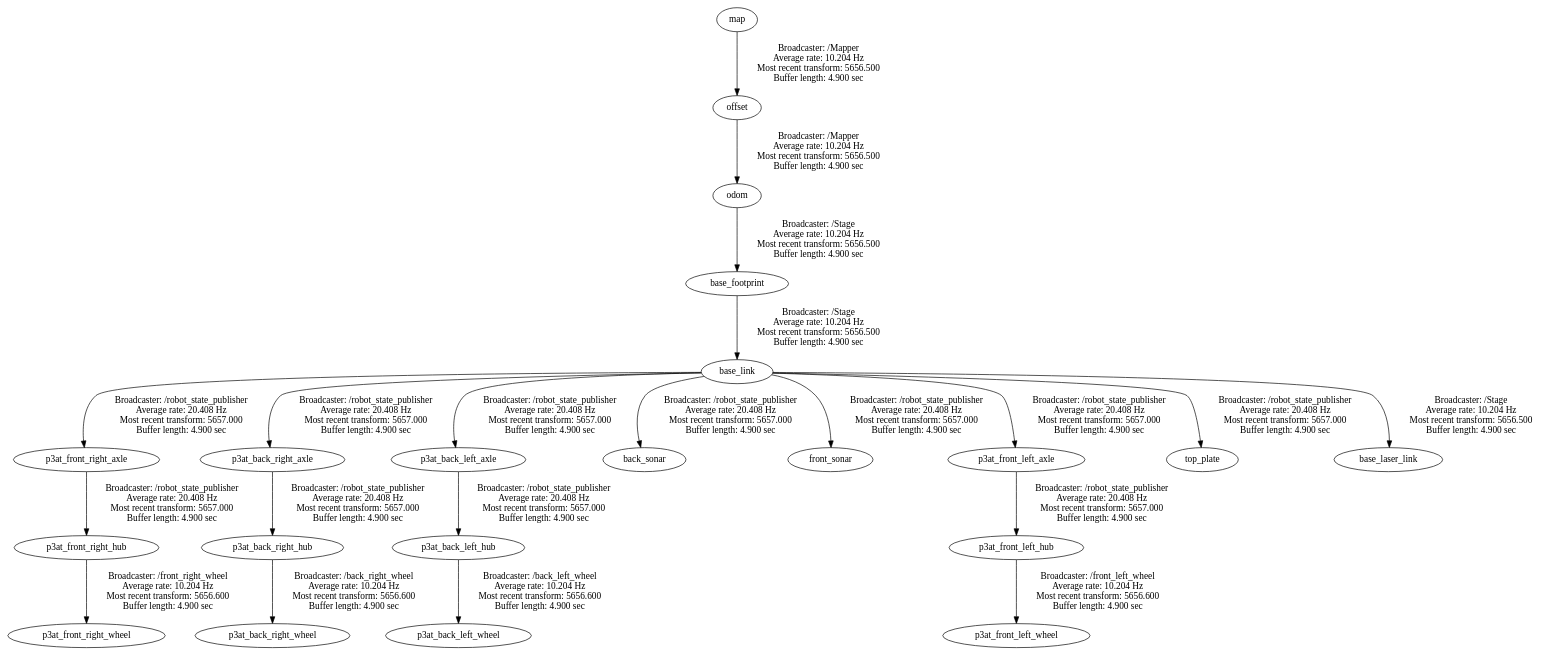
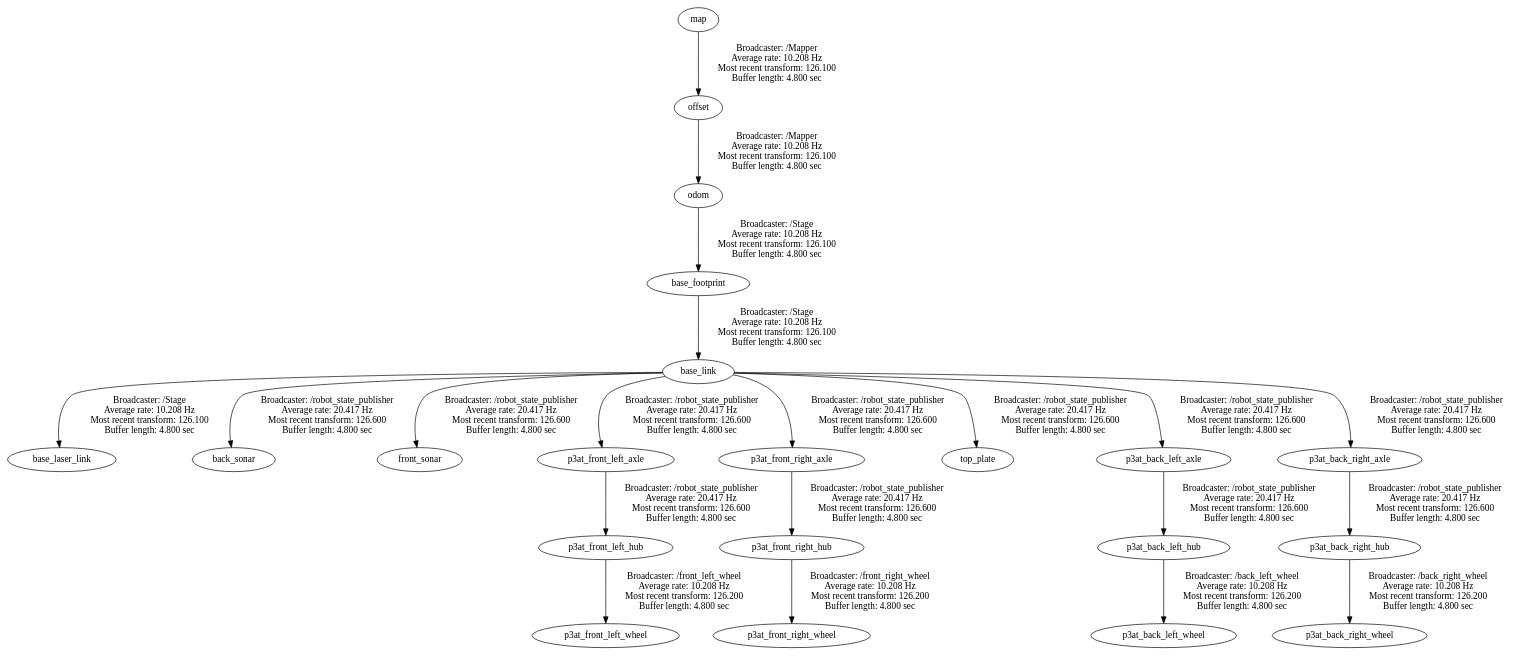
Before and after one commit to LiliMeng/coverage_2d: the diagram in config/frames.gv, drawn with Graphviz. The commit also changed 12 other files, not shown here.

```diff
--- a/config/frames.gv
+++ b/config/frames.gv
@@ -1,22 +1,22 @@
 digraph G {
-"p3at_front_right_hub" -> "p3at_front_right_wheel"[label="Broadcaster: /front_right_wheel\nAverage rate: 10.204 Hz\nMost recent transform: 5656.600 \nBuffer length: 4.900 sec\n"];
-"p3at_front_right_axle" -> "p3at_front_right_hub"[label="Broadcaster: /robot_state_publisher\nAverage rate: 20.408 Hz\nMost recent transform: 5657.000 \nBuffer length: 4.900 sec\n"];
-"p3at_back_right_hub" -> "p3at_back_right_wheel"[label="Broadcaster: /back_right_wheel\nAverage rate: 10.204 Hz\nMost recent transform: 5656.600 \nBuffer length: 4.900 sec\n"];
-"p3at_back_right_axle" -> "p3at_back_right_hub"[label="Broadcaster: /robot_state_publisher\nAverage rate: 20.408 Hz\nMost recent transform: 5657.000 \nBuffer length: 4.900 sec\n"];
-"offset" -> "odom"[label="Broadcaster: /Mapper\nAverage rate: 10.204 Hz\nMost recent transform: 5656.500 \nBuffer length: 4.900 sec\n"];
-"map" -> "offset"[label="Broadcaster: /Mapper\nAverage rate: 10.204 Hz\nMost recent transform: 5656.500 \nBuffer length: 4.900 sec\n"];
-"p3at_back_left_hub" -> "p3at_back_left_wheel"[label="Broadcaster: /back_left_wheel\nAverage rate: 10.204 Hz\nMost recent transform: 5656.600 \nBuffer length: 4.900 sec\n"];
-"p3at_back_left_axle" -> "p3at_back_left_hub"[label="Broadcaster: /robot_state_publisher\nAverage rate: 20.408 Hz\nMost recent transform: 5657.000 \nBuffer length: 4.900 sec\n"];
-"base_link" -> "back_sonar"[label="Broadcaster: /robot_state_publisher\nAverage rate: 20.408 Hz\nMost recent transform: 5657.000 \nBuffer length: 4.900 sec\n"];
-"base_footprint" -> "base_link"[label="Broadcaster: /Stage\nAverage rate: 10.204 Hz\nMost recent transform: 5656.500 \nBuffer length: 4.900 sec\n"];
-"base_link" -> "front_sonar"[label="Broadcaster: /robot_state_publisher\nAverage rate: 20.408 Hz\nMost recent transform: 5657.000 \nBuffer length: 4.900 sec\n"];
-"base_link" -> "p3at_front_left_axle"[label="Broadcaster: /robot_state_publisher\nAverage rate: 20.408 Hz\nMost recent transform: 5657.000 \nBuffer length: 4.900 sec\n"];
-"p3at_front_left_axle" -> "p3at_front_left_hub"[label="Broadcaster: /robot_state_publisher\nAverage rate: 20.408 Hz\nMost recent transform: 5657.000 \nBuffer length: 4.900 sec\n"];
-"base_link" -> "p3at_front_right_axle"[label="Broadcaster: /robot_state_publisher\nAverage rate: 20.408 Hz\nMost recent transform: 5657.000 \nBuffer length: 4.900 sec\n"];
-"base_link" -> "top_plate"[label="Broadcaster: /robot_state_publisher\nAverage rate: 20.408 Hz\nMost recent transform: 5657.000 \nBuffer length: 4.900 sec\n"];
-"base_link" -> "p3at_back_left_axle"[label="Broadcaster: /robot_state_publisher\nAverage rate: 20.408 Hz\nMost recent transform: 5657.000 \nBuffer length: 4.900 sec\n"];
-"base_link" -> "p3at_back_right_axle"[label="Broadcaster: /robot_state_publisher\nAverage rate: 20.408 Hz\nMost recent transform: 5657.000 \nBuffer length: 4.900 sec\n"];
-"base_link" -> "base_laser_link"[label="Broadcaster: /Stage\nAverage rate: 10.204 Hz\nMost recent transform: 5656.500 \nBuffer length: 4.900 sec\n"];
-"odom" -> "base_footprint"[label="Broadcaster: /Stage\nAverage rate: 10.204 Hz\nMost recent transform: 5656.500 \nBuffer length: 4.900 sec\n"];
-"p3at_front_left_hub" -> "p3at_front_left_wheel"[label="Broadcaster: /front_left_wheel\nAverage rate: 10.204 Hz\nMost recent transform: 5656.600 \nBuffer length: 4.900 sec\n"];
+"base_link" -> "base_laser_link"[label="Broadcaster: /Stage\nAverage rate: 10.208 Hz\nMost recent transform: 126.100 \nBuffer length: 4.800 sec\n"];
+"base_footprint" -> "base_link"[label="Broadcaster: /Stage\nAverage rate: 10.208 Hz\nMost recent transform: 126.100 \nBuffer length: 4.800 sec\n"];
+"odom" -> "base_footprint"[label="Broadcaster: /Stage\nAverage rate: 10.208 Hz\nMost recent transform: 126.100 \nBuffer length: 4.800 sec\n"];
+"offset" -> "odom"[label="Broadcaster: /Mapper\nAverage rate: 10.208 Hz\nMost recent transform: 126.100 \nBuffer length: 4.800 sec\n"];
+"base_link" -> "back_sonar"[label="Broadcaster: /robot_state_publisher\nAverage rate: 20.417 Hz\nMost recent transform: 126.600 \nBuffer length: 4.800 sec\n"];
+"base_link" -> "front_sonar"[label="Broadcaster: /robot_state_publisher\nAverage rate: 20.417 Hz\nMost recent transform: 126.600 \nBuffer length: 4.800 sec\n"];
+"base_link" -> "p3at_front_left_axle"[label="Broadcaster: /robot_state_publisher\nAverage rate: 20.417 Hz\nMost recent transform: 126.600 \nBuffer length: 4.800 sec\n"];
+"p3at_front_left_axle" -> "p3at_front_left_hub"[label="Broadcaster: /robot_state_publisher\nAverage rate: 20.417 Hz\nMost recent transform: 126.600 \nBuffer length: 4.800 sec\n"];
+"base_link" -> "p3at_front_right_axle"[label="Broadcaster: /robot_state_publisher\nAverage rate: 20.417 Hz\nMost recent transform: 126.600 \nBuffer length: 4.800 sec\n"];
+"p3at_front_right_axle" -> "p3at_front_right_hub"[label="Broadcaster: /robot_state_publisher\nAverage rate: 20.417 Hz\nMost recent transform: 126.600 \nBuffer length: 4.800 sec\n"];
+"base_link" -> "top_plate"[label="Broadcaster: /robot_state_publisher\nAverage rate: 20.417 Hz\nMost recent transform: 126.600 \nBuffer length: 4.800 sec\n"];
+"base_link" -> "p3at_back_left_axle"[label="Broadcaster: /robot_state_publisher\nAverage rate: 20.417 Hz\nMost recent transform: 126.600 \nBuffer length: 4.800 sec\n"];
+"base_link" -> "p3at_back_right_axle"[label="Broadcaster: /robot_state_publisher\nAverage rate: 20.417 Hz\nMost recent transform: 126.600 \nBuffer length: 4.800 sec\n"];
+"p3at_back_left_axle" -> "p3at_back_left_hub"[label="Broadcaster: /robot_state_publisher\nAverage rate: 20.417 Hz\nMost recent transform: 126.600 \nBuffer length: 4.800 sec\n"];
+"p3at_back_right_axle" -> "p3at_back_right_hub"[label="Broadcaster: /robot_state_publisher\nAverage rate: 20.417 Hz\nMost recent transform: 126.600 \nBuffer length: 4.800 sec\n"];
+"p3at_front_right_hub" -> "p3at_front_right_wheel"[label="Broadcaster: /front_right_wheel\nAverage rate: 10.208 Hz\nMost recent transform: 126.200 \nBuffer length: 4.800 sec\n"];
+"p3at_back_right_hub" -> "p3at_back_right_wheel"[label="Broadcaster: /back_right_wheel\nAverage rate: 10.208 Hz\nMost recent transform: 126.200 \nBuffer length: 4.800 sec\n"];
+"p3at_front_left_hub" -> "p3at_front_left_wheel"[label="Broadcaster: /front_left_wheel\nAverage rate: 10.208 Hz\nMost recent transform: 126.200 \nBuffer length: 4.800 sec\n"];
+"map" -> "offset"[label="Broadcaster: /Mapper\nAverage rate: 10.208 Hz\nMost recent transform: 126.100 \nBuffer length: 4.800 sec\n"];
+"p3at_back_left_hub" -> "p3at_back_left_wheel"[label="Broadcaster: /back_left_wheel\nAverage rate: 10.208 Hz\nMost recent transform: 126.200 \nBuffer length: 4.800 sec\n"];
 }
```
